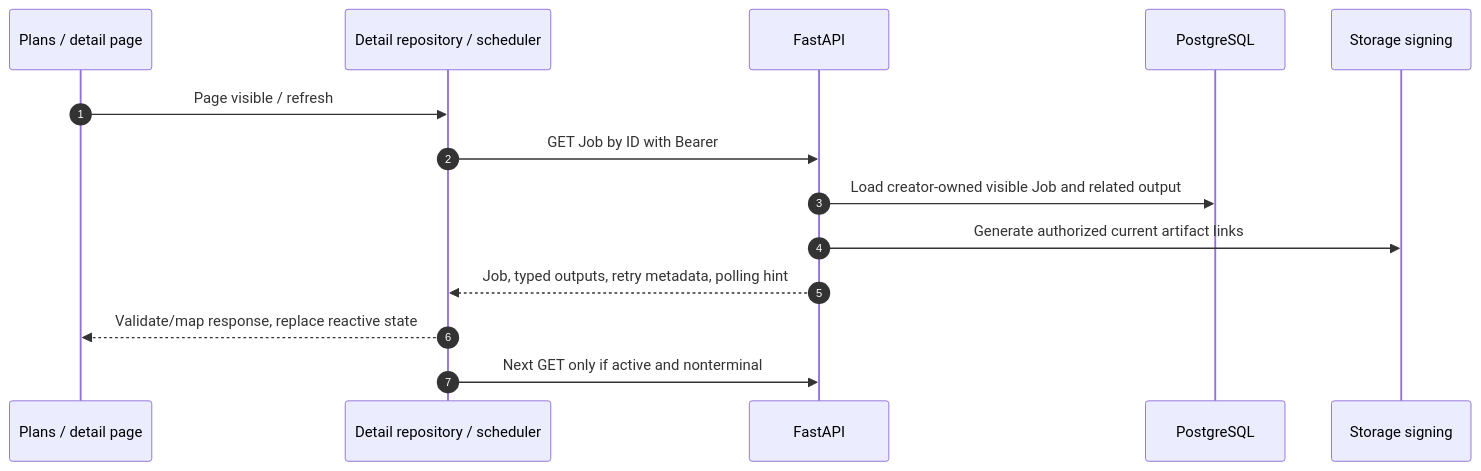
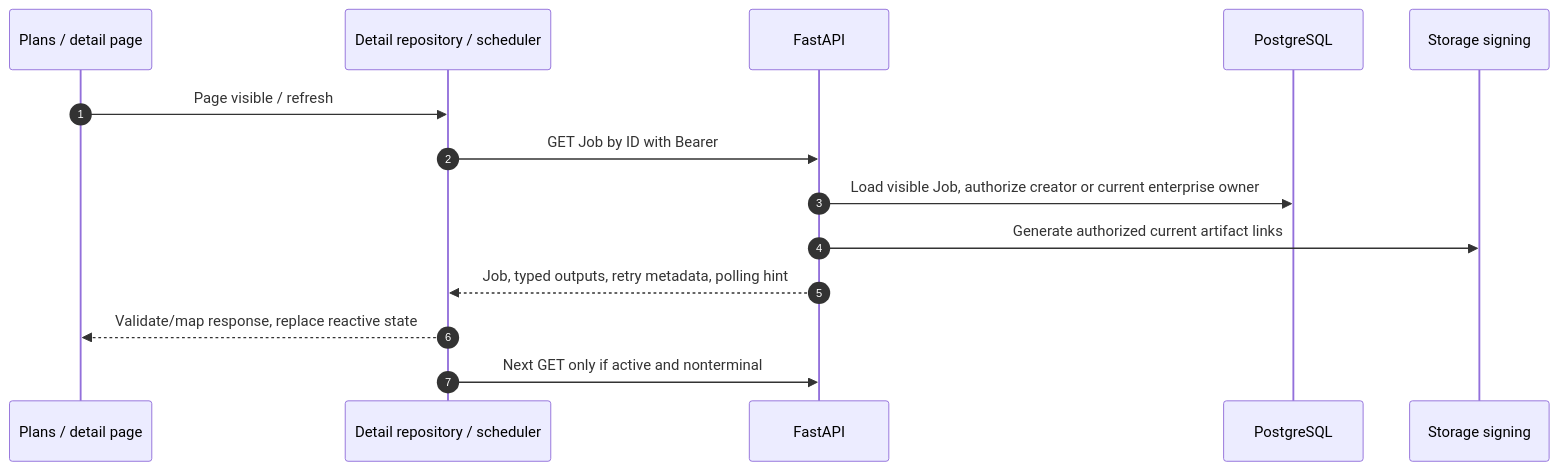
The first of 2 diagrams in reference/flows/workflow-history-flow.md (Orientation-CD/docs), drawn with Mermaid before and after one commit. The commit also changed other lines of this file and 187 other files, not shown here.

````diff
--- a/reference/flows/workflow-history-flow.md
+++ b/reference/flows/workflow-history-flow.md
@@ -7,16 +7,16 @@
 ```mermaid
 sequenceDiagram
   autonumber
   participant P as Plans / detail page
   participant R as Detail repository / scheduler
   participant A as FastAPI
   participant DB as PostgreSQL
   participant O as Storage signing
   P->>R: Page visible / refresh
   R->>A: GET Job by ID with Bearer
-  A->>DB: Load creator-owned visible Job and related output
+  A->>DB: Load visible Job, authorize creator or current enterprise owner
   A->>O: Generate authorized current artifact links
   A-->>R: Job, typed outputs, retry metadata, polling hint
   R-->>P: Validate/map response, replace reactive state
   R->>A: Next GET only if active and nonterminal
 ```
````
